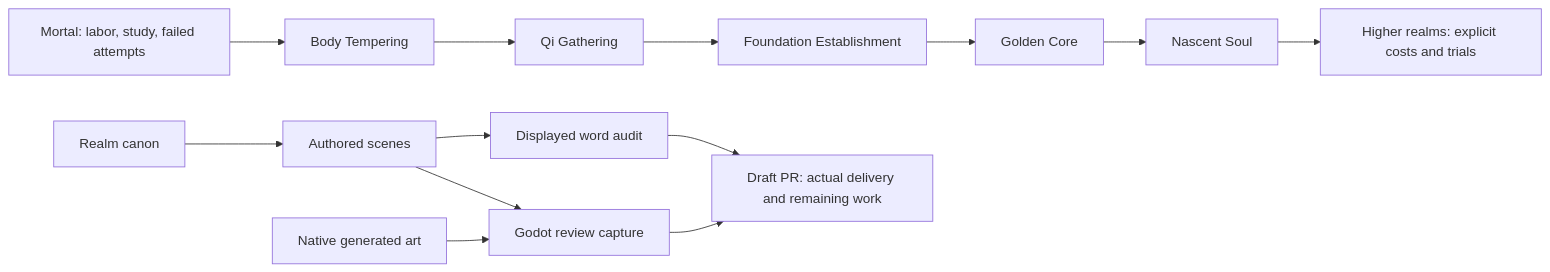
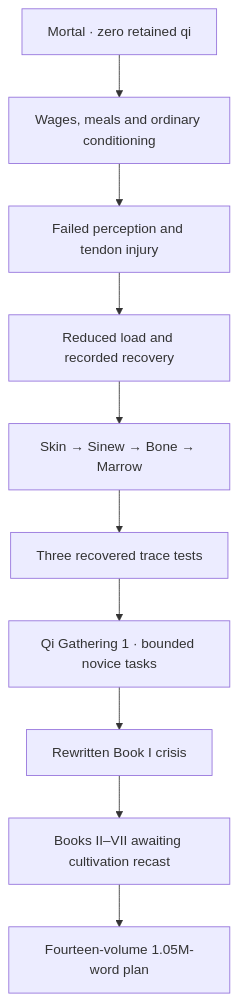
The diagram in docs/CULTIVATION_REWRITE.md (jgyy/octxian), drawn with Mermaid before and after one commit. The commit also changed other lines of this file, not shown here.

Commit message:
docs: publish measured rewrite delivery and explicit million-word remainder

````diff
--- a/docs/CULTIVATION_REWRITE.md
+++ b/docs/CULTIVATION_REWRITE.md
@@ -25,15 +39,12 @@
 ```mermaid
-flowchart LR
-    Mortal["Mortal: labor, study, failed attempts"] --> Body["Body Tempering"]
-    Body --> Qi["Qi Gathering"]
-    Qi --> Foundation["Foundation Establishment"]
-    Foundation --> Core["Golden Core"]
-    Core --> Soul["Nascent Soul"]
-    Soul --> Higher["Higher realms: explicit costs and trials"]
-    Canon["Realm canon"] --> Manuscript["Authored scenes"]
-    Manuscript --> Count["Displayed word audit"]
-    Manuscript --> Game["Godot review capture"]
-    Art["Native generated art"] --> Game
-    Count --> Draft["Draft PR: actual delivery and remaining work"]
-    Game --> Draft
+flowchart TD
+    Mortal["Mortal · zero retained qi"] --> Labor["Wages, meals and ordinary conditioning"]
+    Labor --> Failure["Failed perception and tendon injury"]
+    Failure --> Recovery["Reduced load and recorded recovery"]
+    Recovery --> Body["Skin → Sinew → Bone → Marrow"]
+    Body --> Tests["Three recovered trace tests"]
+    Tests --> Qi["Qi Gathering 1 · bounded novice tasks"]
+    Qi --> Upper["Rewritten Book I crisis"]
+    Upper --> Recast["Books II–VII awaiting cultivation recast"]
+    Recast --> Later["Fourteen-volume 1.05M-word plan"]
 ```
````
